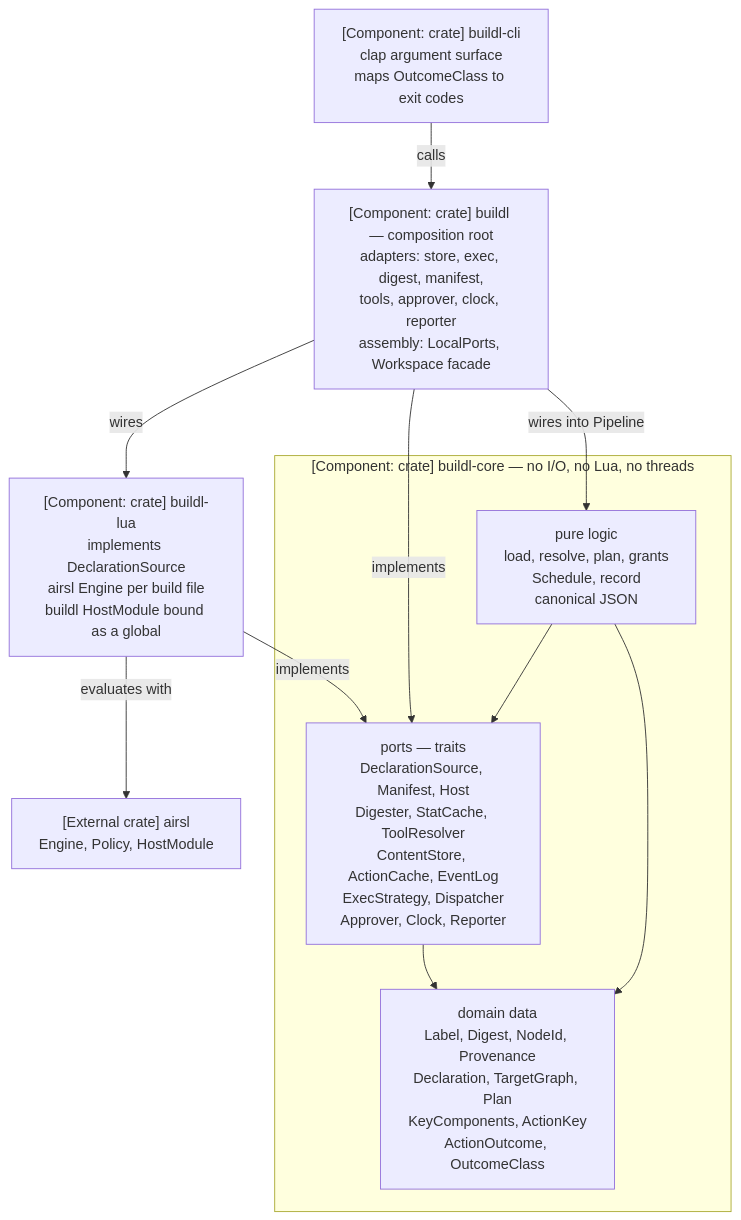
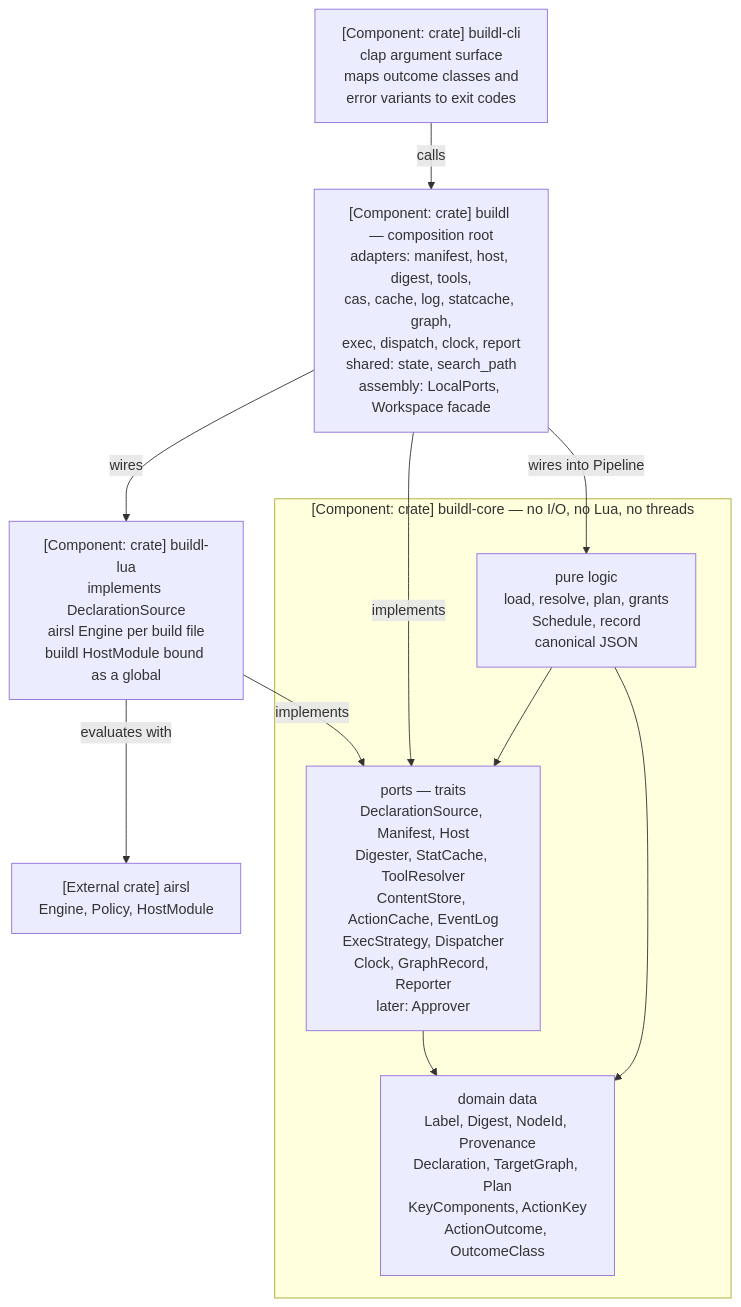
Before and after one commit to airsstack/buildl: the fourth of 7 diagrams in docs/architecture-building-blocks.md, drawn with Mermaid. The commit also changed other lines of this file and 220 other files, not shown here.

First line of the commit message:
The buildl adapters and CLI: milestone 1 done (#9)

````diff
--- a/docs/architecture-building-blocks.md
+++ b/docs/architecture-building-blocks.md
@@ -102,22 +102,22 @@
 ```mermaid
 %% C4 level 3 — components inside the CLI process
 graph TD
-    CLI["[Component: crate] buildl-cli<br/>clap argument surface<br/>maps OutcomeClass to exit codes"]
-    LIB["[Component: crate] buildl — composition root<br/>adapters: store, exec, digest, manifest,<br/>tools, approver, clock, reporter<br/>assembly: LocalPorts, Workspace facade"]
+    CLI["[Component: crate] buildl-cli<br/>clap argument surface<br/>maps outcome classes and<br/>error variants to exit codes"]
+    LIB["[Component: crate] buildl — composition root<br/>adapters: manifest, host, digest, tools,<br/>cas, cache, log, statcache, graph,<br/>exec, dispatch, clock, report<br/>shared: state, search_path<br/>assembly: LocalPorts, Workspace facade"]
     LUA["[Component: crate] buildl-lua<br/>implements DeclarationSource<br/>airsl Engine per build file<br/>buildl HostModule bound as a global"]
     subgraph CORE["[Component: crate] buildl-core — no I/O, no Lua, no threads"]
         DATA["domain data<br/>Label, Digest, NodeId, Provenance<br/>Declaration, TargetGraph, Plan<br/>KeyComponents, ActionKey<br/>ActionOutcome, OutcomeClass"]
-        PORTS["ports — traits<br/>DeclarationSource, Manifest, Host<br/>Digester, StatCache, ToolResolver<br/>ContentStore, ActionCache, EventLog<br/>ExecStrategy, Dispatcher<br/>Approver, Clock, Reporter"]
+        PORTS["ports — traits<br/>DeclarationSource, Manifest, Host<br/>Digester, StatCache, ToolResolver<br/>ContentStore, ActionCache, EventLog<br/>ExecStrategy, Dispatcher<br/>Clock, GraphRecord, Reporter<br/>later: Approver"]
         LOGIC["pure logic<br/>load, resolve, plan, grants<br/>Schedule, record<br/>canonical JSON"]
     end
     AIRSL["[External crate] airsl<br/>Engine, Policy, HostModule"]
     CLI -->|"calls"| LIB
     LIB -->|"wires"| LUA
     LIB -->|"implements"| PORTS
     LIB -->|"wires into Pipeline"| LOGIC
     LUA -->|"implements"| PORTS
     LUA -->|"evaluates with"| AIRSL
     LOGIC --> PORTS
     LOGIC --> DATA
     PORTS --> DATA
 ```
````
